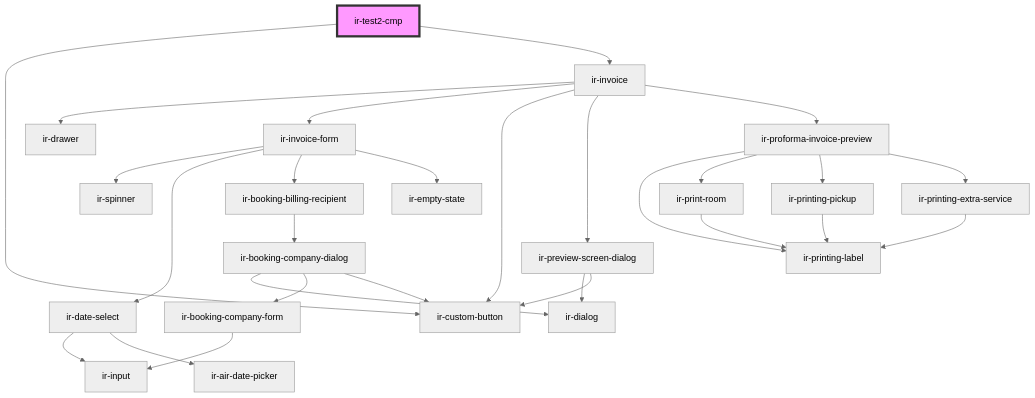
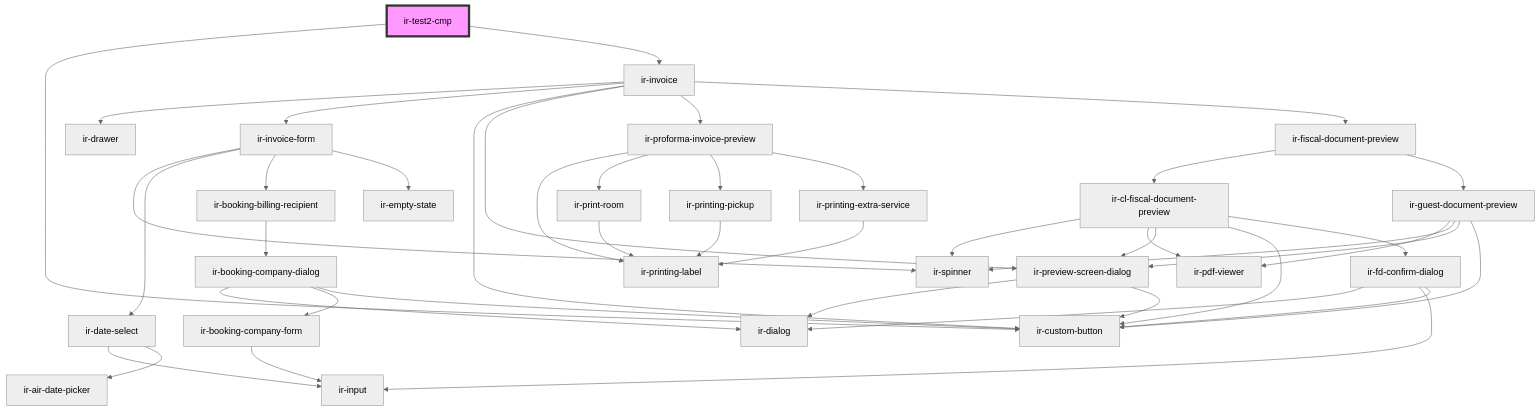
The diagram in src/components/ir-test-cmp/readme.md (RonyRizk/ir-webcmp), drawn with Mermaid (neutral theme) before and after one commit. The commit also changed 115 other files, not shown here.

````diff
--- a/src/components/ir-test-cmp/readme.md
+++ b/src/components/ir-test-cmp/readme.md
@@ -16,31 +16,46 @@
 ```mermaid
 graph TD;
   ir-test2-cmp --> ir-custom-button
   ir-test2-cmp --> ir-invoice
   ir-invoice --> ir-drawer
   ir-invoice --> ir-invoice-form
   ir-invoice --> ir-custom-button
   ir-invoice --> ir-preview-screen-dialog
   ir-invoice --> ir-proforma-invoice-preview
+  ir-invoice --> ir-fiscal-document-preview
   ir-invoice-form --> ir-spinner
   ir-invoice-form --> ir-date-select
   ir-invoice-form --> ir-booking-billing-recipient
   ir-invoice-form --> ir-empty-state
   ir-date-select --> ir-input
   ir-date-select --> ir-air-date-picker
   ir-booking-billing-recipient --> ir-booking-company-dialog
   ir-booking-company-dialog --> ir-dialog
   ir-booking-company-dialog --> ir-booking-company-form
   ir-booking-company-dialog --> ir-custom-button
   ir-booking-company-form --> ir-input
   ir-preview-screen-dialog --> ir-dialog
   ir-preview-screen-dialog --> ir-custom-button
   ir-proforma-invoice-preview --> ir-printing-label
   ir-proforma-invoice-preview --> ir-print-room
   ir-proforma-invoice-preview --> ir-printing-pickup
   ir-proforma-invoice-preview --> ir-printing-extra-service
   ir-print-room --> ir-printing-label
   ir-printing-pickup --> ir-printing-label
   ir-printing-extra-service --> ir-printing-label
+  ir-fiscal-document-preview --> ir-cl-fiscal-document-preview
+  ir-fiscal-document-preview --> ir-guest-document-preview
+  ir-cl-fiscal-document-preview --> ir-spinner
+  ir-cl-fiscal-document-preview --> ir-pdf-viewer
+  ir-cl-fiscal-document-preview --> ir-preview-screen-dialog
+  ir-cl-fiscal-document-preview --> ir-custom-button
+  ir-cl-fiscal-document-preview --> ir-fd-confirm-dialog
+  ir-fd-confirm-dialog --> ir-dialog
+  ir-fd-confirm-dialog --> ir-input
+  ir-fd-confirm-dialog --> ir-custom-button
+  ir-guest-document-preview --> ir-pdf-viewer
+  ir-guest-document-preview --> ir-spinner
+  ir-guest-document-preview --> ir-preview-screen-dialog
+  ir-guest-document-preview --> ir-custom-button
   style ir-test2-cmp fill:#f9f,stroke:#333,stroke-width:4px
 ```
````
